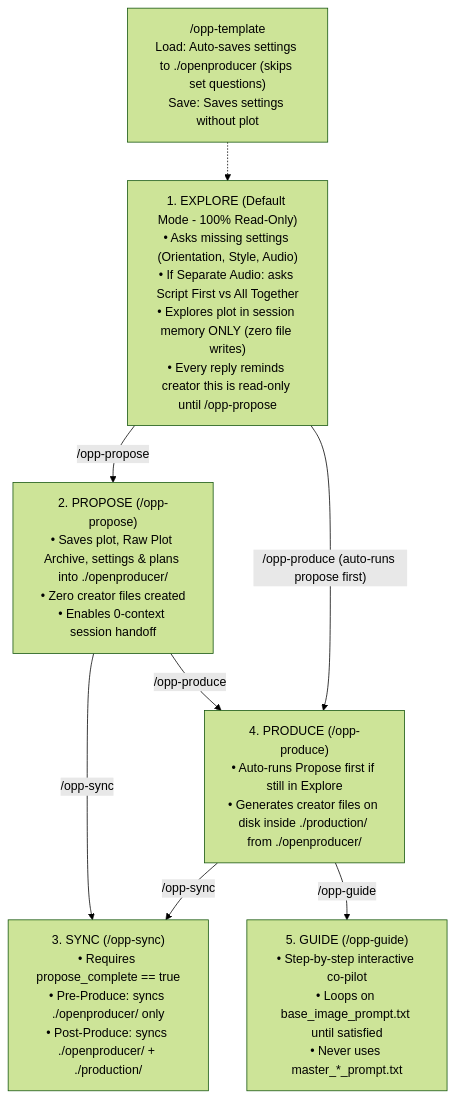
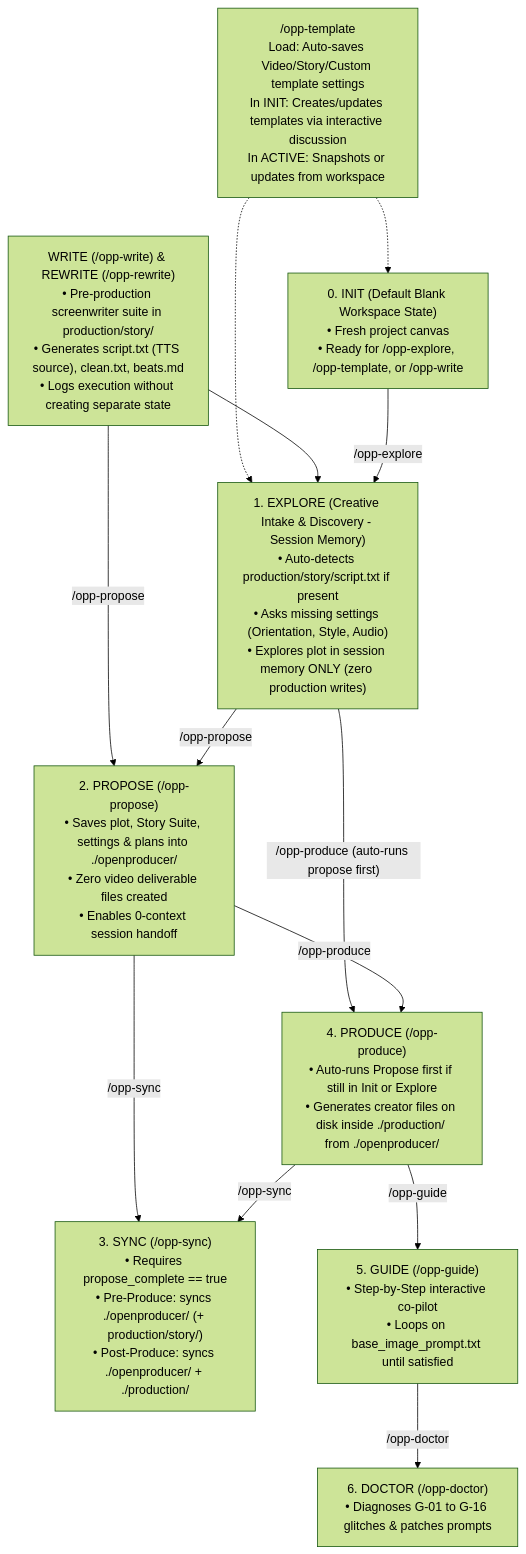
One commit to TheProjectsX/openproducer changed the diagram in production_template/AGENTS.md. Above: the diagram before and after it, drawn with Mermaid (forest theme). The commit also changed other lines of this file and 49 other files, not shown here.

Commit message:
Implement openproducer v2 cli, story engine, and flexible template management

````diff
--- a/production_template/AGENTS.md
+++ b/production_template/AGENTS.md
@@ -88,16 +148,23 @@
 ```mermaid
 flowchart TD
-    T["/opp-template<br/>Load: Auto-saves settings to ./openproducer (skips set questions)<br/>Save: Saves settings without plot"] -.-> E
-    E["1. EXPLORE (Default Mode - 100% Read-Only)<br/>• Asks missing settings (Orientation, Style, Audio)<br/>• If Separate Audio: asks Script First vs All Together<br/>• Explores plot in session memory ONLY (zero file writes)<br/>• Every reply reminds creator this is read-only until /opp-propose"]
-    P["2. PROPOSE (/opp-propose)<br/>• Saves plot, Raw Plot Archive, settings & plans into ./openproducer/<br/>• Zero creator files created<br/>• Enables 0-context session handoff"]
-    S["3. SYNC (/opp-sync)<br/>• Requires propose_complete == true<br/>• Pre-Produce: syncs ./openproducer/ only<br/>• Post-Produce: syncs ./openproducer/ + ./production/"]
-    PR["4. PRODUCE (/opp-produce)<br/>• Auto-runs Propose first if still in Explore<br/>• Generates creator files on disk inside ./production/ from ./openproducer/"]
-    G["5. GUIDE (/opp-guide)<br/>• Step-by-step interactive co-pilot<br/>• Loops on base_image_prompt.txt until satisfied<br/>• Never uses master_*_prompt.txt"]
+    I["0. INIT (Default Blank Workspace State)<br/>• Fresh project canvas<br/>• Ready for /opp-explore, /opp-template, or /opp-write"]
+    T["/opp-template<br/>Load: Auto-saves Video/Story/Custom template settings<br/>In INIT: Creates/updates templates via interactive discussion<br/>In ACTIVE: Snapshots or updates from workspace"] -.-> I
+    T -.-> E
+    W["WRITE (/opp-write) & REWRITE (/opp-rewrite)<br/>• Pre-production screenwriter suite in production/story/<br/>• Generates script.txt (TTS source), clean.txt, beats.md<br/>• Logs execution without creating separate state"] --> E
+    W -->|"/opp-propose"| P
+    I -->|"/opp-explore"| E
+    E["1. EXPLORE (Creative Intake & Discovery - Session Memory)<br/>• Auto-detects production/story/script.txt if present<br/>• Asks missing settings (Orientation, Style, Audio)<br/>• Explores plot in session memory ONLY (zero production writes)"]
+    P["2. PROPOSE (/opp-propose)<br/>• Saves plot, Story Suite, settings & plans into ./openproducer/<br/>• Zero video deliverable files created<br/>• Enables 0-context session handoff"]
+    S["3. SYNC (/opp-sync)<br/>• Requires propose_complete == true<br/>• Pre-Produce: syncs ./openproducer/ (+ production/story/)<br/>• Post-Produce: syncs ./openproducer/ + ./production/"]
+    PR["4. PRODUCE (/opp-produce)<br/>• Auto-runs Propose first if still in Init or Explore<br/>• Generates creator files on disk inside ./production/ from ./openproducer/"]
+    G["5. GUIDE (/opp-guide)<br/>• Step-by-Step interactive co-pilot<br/>• Loops on base_image_prompt.txt until satisfied"]
+    D["6. DOCTOR (/opp-doctor)<br/>• Diagnoses G-01 to G-16 glitches & patches prompts"]
 
     E -->|"/opp-propose"| P
     E -->|"/opp-produce (auto-runs propose first)"| PR
     P -->|"/opp-sync"| S
     P -->|"/opp-produce"| PR
     PR -->|"/opp-sync"| S
     PR -->|"/opp-guide"| G
+    G -->|"/opp-doctor"| D
 ```
````
